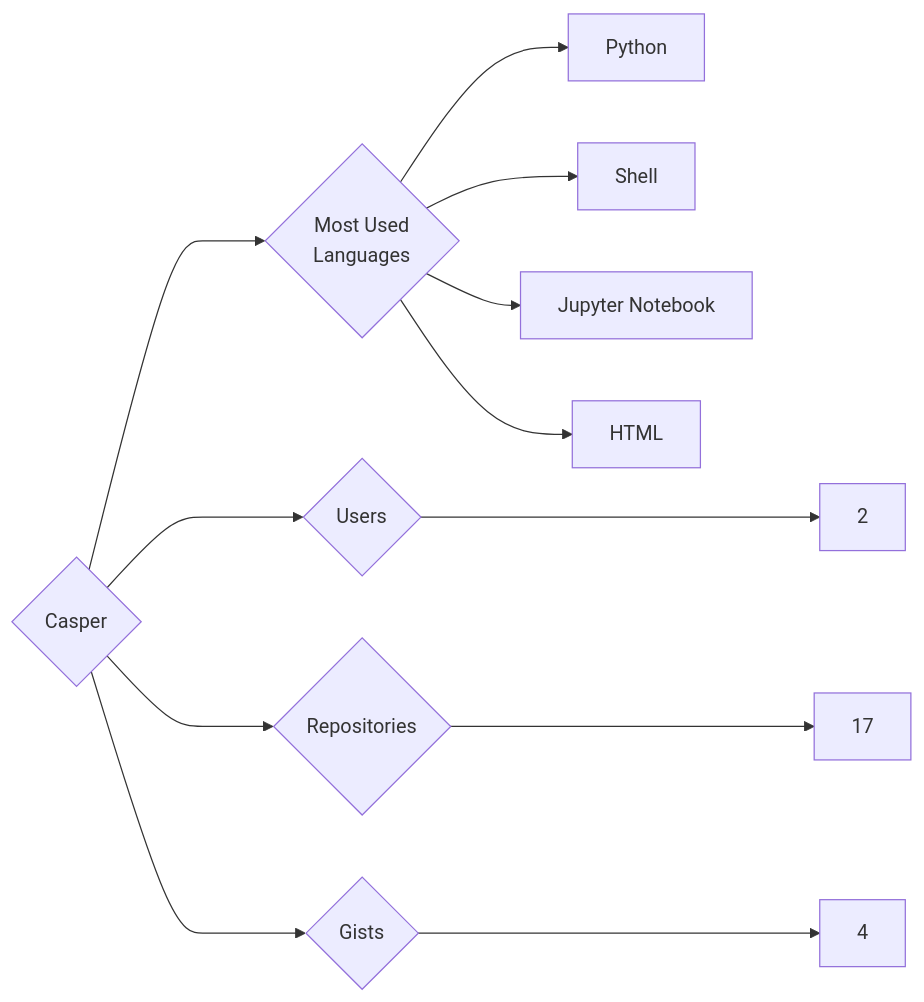
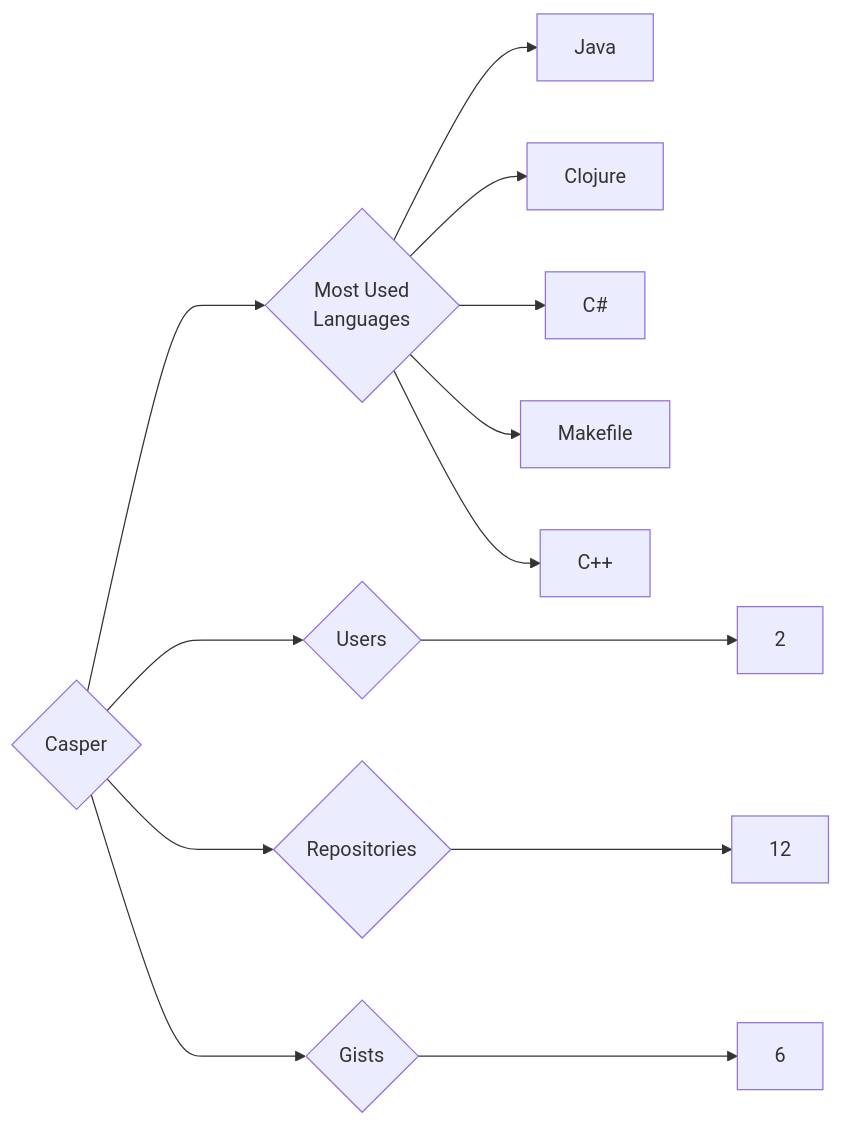
Before and after one commit to trickest/insiders: the diagram in targets/Casper/README.md, drawn with Mermaid. The commit also changed 1141 other files, not shown here.

````diff
--- a/targets/Casper/README.md
+++ b/targets/Casper/README.md
@@ -3,12 +3,13 @@
 ```mermaid
 graph LR
 COMPANY_NAME{Casper}
 COMPANY_NAME ---> U{Users} ---> UN[2]
-COMPANY_NAME ---> R{Repositories} ---> RN[17]
-COMPANY_NAME ---> G{Gists} ---> GN[4]
+COMPANY_NAME ---> R{Repositories} ---> RN[12]
+COMPANY_NAME ---> G{Gists} ---> GN[6]
 COMPANY_NAME ---> ML{Most Used<br>Languages}
-ML --> Python[Python]
-ML --> Shell[Shell]
-ML --> Jupyter_Notebook[Jupyter Notebook]
-ML --> HTML[HTML]
+ML --> Java[Java]
+ML --> Clojure[Clojure]
+ML --> C#[C#]
+ML --> Makefile[Makefile]
+ML --> C++[C++]
 ```
````
